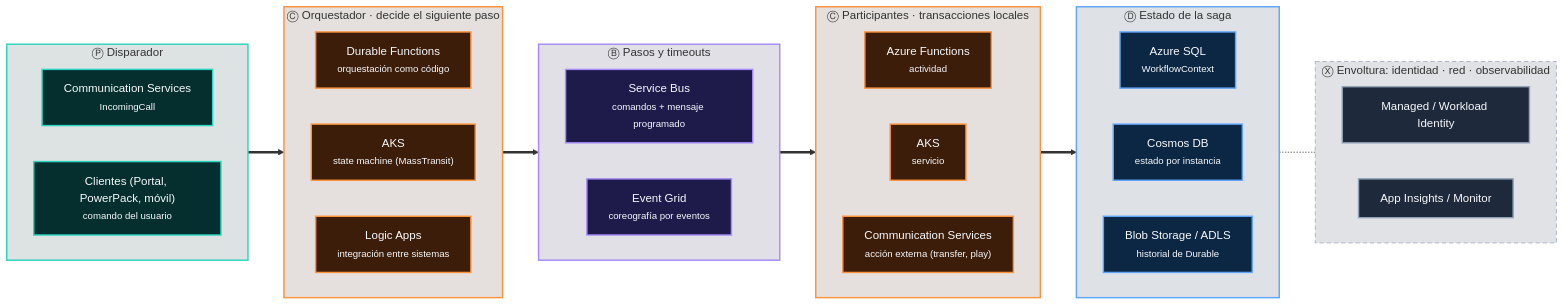
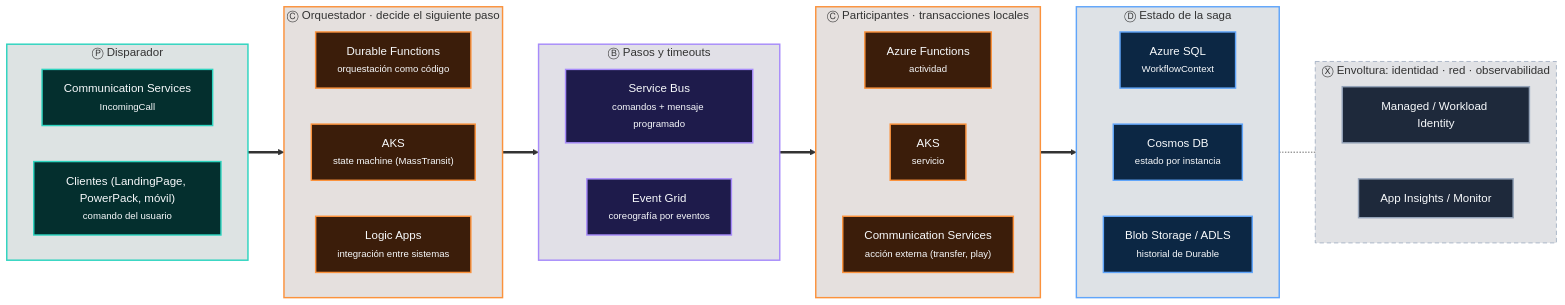
One commit to CristianSifuentes/QuickTheoryNET changed the seventh of 13 diagrams in docs/11-trece-arquitecturas-como-frases.md. Above: the diagram before and after it, drawn with Mermaid. The commit also changed other lines of this file and 23 other files, not shown here.

First line of the commit message:
Rename the Portal project to LandingPage

````diff
--- a/docs/11-trece-arquitecturas-como-frases.md
+++ b/docs/11-trece-arquitecturas-como-frases.md
@@ -645,53 +645,53 @@
 ```mermaid
 flowchart LR
     subgraph L0["Ⓟ Disparador"]
         direction LR
         L0_0["Communication Services<br/><small>IncomingCall</small>"]:::P
-        L0_1["Clientes (Portal, PowerPack, móvil)<br/><small>comando del usuario</small>"]:::P
+        L0_1["Clientes (LandingPage, PowerPack, móvil)<br/><small>comando del usuario</small>"]:::P
     end
     style L0 fill:#042F2E22,stroke:#2DD4BF,stroke-width:2px
     subgraph L1["Ⓒ Orquestador · decide el siguiente paso"]
         direction LR
         L1_0["Durable Functions<br/><small>orquestación como código</small>"]:::C
         L1_1["AKS<br/><small>state machine (MassTransit)</small>"]:::C
         L1_2["Logic Apps<br/><small>integración entre sistemas</small>"]:::C
     end
     style L1 fill:#3B1D0A22,stroke:#FB923C,stroke-width:2px
     subgraph L2["Ⓑ Pasos y timeouts"]
         direction LR
         L2_0["Service Bus<br/><small>comandos + mensaje programado</small>"]:::B
         L2_1["Event Grid<br/><small>coreografía por eventos</small>"]:::B
     end
     style L2 fill:#1E1B4B22,stroke:#A78BFA,stroke-width:2px
     subgraph L3["Ⓒ Participantes · transacciones locales"]
         direction LR
         L3_0["Azure Functions<br/><small>actividad</small>"]:::C
         L3_1["AKS<br/><small>servicio</small>"]:::C
         L3_2["Communication Services<br/><small>acción externa (transfer, play)</small>"]:::C
     end
     style L3 fill:#3B1D0A22,stroke:#FB923C,stroke-width:2px
     subgraph L4["Ⓓ Estado de la saga"]
         direction LR
         L4_0["Azure SQL<br/><small>WorkflowContext</small>"]:::D
         L4_1["Cosmos DB<br/><small>estado por instancia</small>"]:::D
         L4_2["Blob Storage / ADLS<br/><small>historial de Durable</small>"]:::D
     end
     style L4 fill:#0C274422,stroke:#60A5FA,stroke-width:2px
     L0 ==> L1
     L1 ==> L2
     L2 ==> L3
     L3 ==> L4
     subgraph XX["Ⓧ Envoltura: identidad · red · observabilidad"]
         direction LR
         X0["Managed / Workload Identity"]:::X
         X1["App Insights / Monitor"]:::X
     end
     style XX fill:#1E293B22,stroke:#94A3B8,stroke-dasharray:6 4
     L4 -.- XX
     classDef P fill:#042F2E,stroke:#2DD4BF,color:#F8FAFC,stroke-width:2px
     classDef B fill:#1E1B4B,stroke:#A78BFA,color:#F8FAFC,stroke-width:2px
     classDef C fill:#3B1D0A,stroke:#FB923C,color:#F8FAFC,stroke-width:2px
     classDef D fill:#0C2744,stroke:#60A5FA,color:#F8FAFC,stroke-width:2px
     classDef S fill:#1A2E05,stroke:#A3E635,color:#F8FAFC,stroke-width:2px
     classDef X fill:#1E293B,stroke:#94A3B8,color:#F8FAFC,stroke-width:2px
 ```
````
